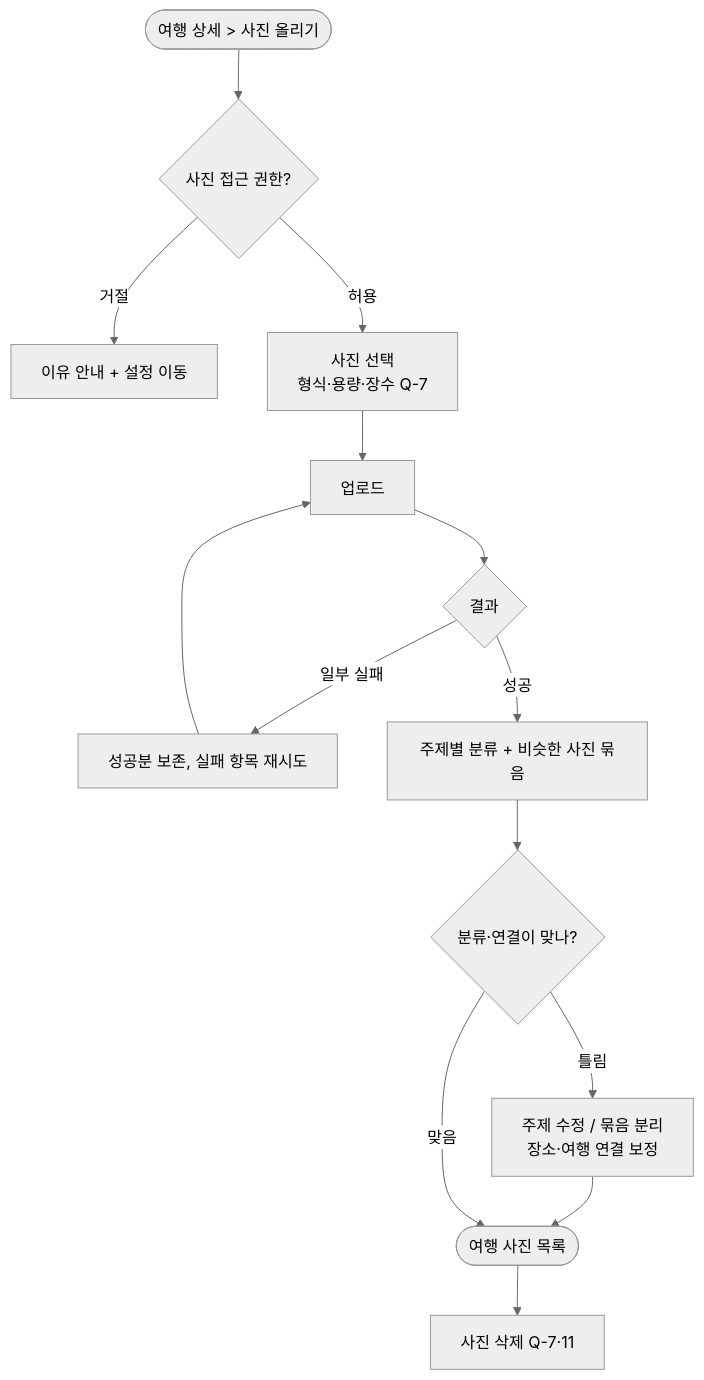
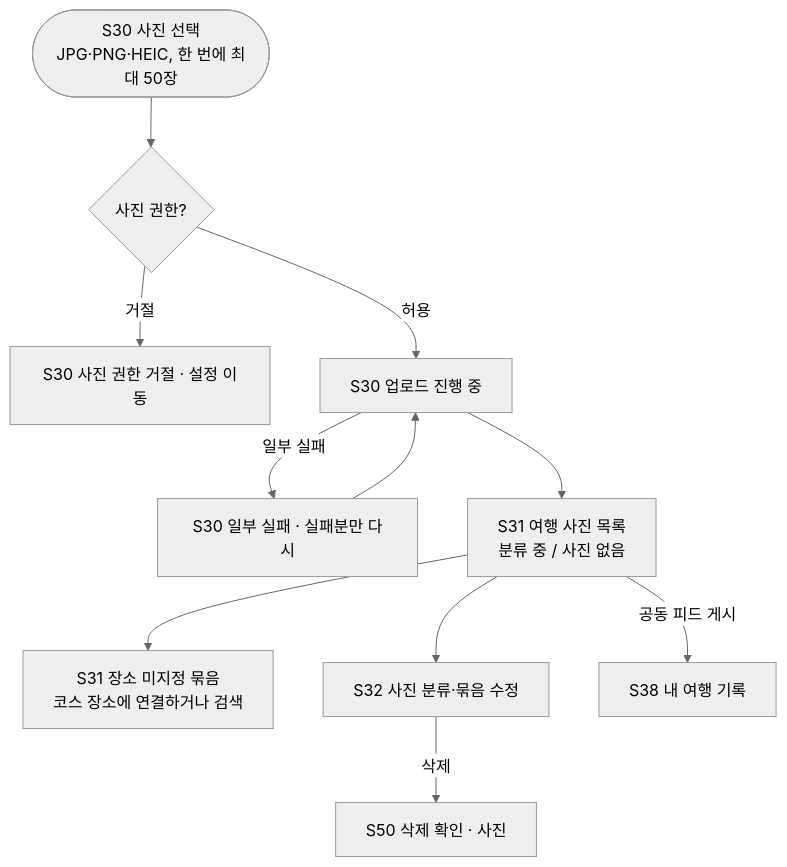
Diagram 17 of 24 in docs/flow/user-flow.md (a204-eodilog/eodilog), drawn with Mermaid (neutral theme) before and after one commit. The commit also changed other lines of this file, not shown here.

````diff
--- a/docs/flow/user-flow.md
+++ b/docs/flow/user-flow.md
@@ -377,14 +406,12 @@
 ```mermaid
 flowchart TD
-    UP(["여행 상세 > 사진 올리기"]) --> PERM{"사진 접근 권한?"}
-    PERM -- "거절" --> SET["이유 안내 + 설정 이동"]
-    PERM -- "허용" --> PICK["사진 선택<br/>형식·용량·장수 Q-7"]
-    PICK --> SEND["업로드"]
-    SEND --> RES{"결과"}
-    RES -- "일부 실패" --> PART["성공분 보존, 실패 항목 재시도"] --> SEND
-    RES -- "성공" --> CLS["주제별 분류 + 비슷한 사진 묶음"]
-    CLS --> CHK{"분류·연결이 맞나?"}
-    CHK -- "틀림" --> FIX["주제 수정 / 묶음 분리<br/>장소·여행 연결 보정"] --> ALB
-    CHK -- "맞음" --> ALB(["여행 사진 목록"])
-    ALB --> DEL["사진 삭제 Q-7·11"]
+    UP(["S30 사진 선택<br/>JPG·PNG·HEIC, 한 번에 최대 50장"]) --> PM{"사진 권한?"}
+    PM -- "거절" --> PD["S30 사진 권한 거절 · 설정 이동"]
+    PM -- "허용" --> SEND["S30 업로드 진행 중"]
+    SEND -- "일부 실패" --> PART["S30 일부 실패 · 실패분만 다시"] --> SEND
+    SEND --> S31["S31 여행 사진 목록<br/>분류 중 / 사진 없음"]
+    S31 --> UNP["S31 장소 미지정 묶음<br/>코스 장소에 연결하거나 검색"]
+    S31 --> S32["S32 사진 분류·묶음 수정"]
+    S32 -- "삭제" --> S50P["S50 삭제 확인 · 사진"]
+    S31 -- "공동 피드 게시" --> S38["S38 내 여행 기록"]
 ```
````
